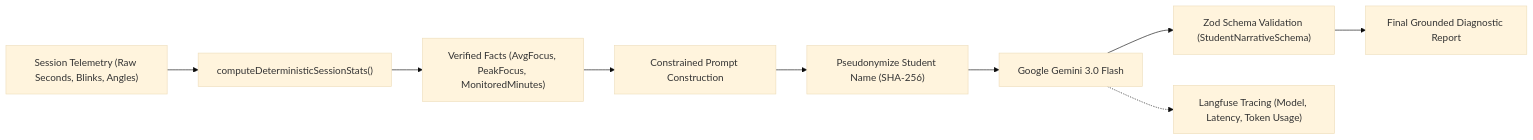
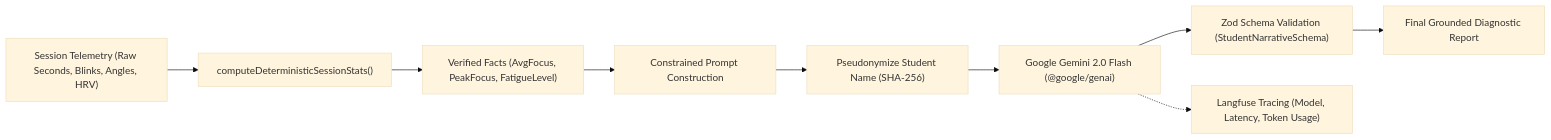
Before and after one commit to Kart-1307/CogniLearn: the fifth of 5 diagrams in ARCHITECTURE.md, drawn with Mermaid (base theme). The commit also changed other lines of this file and 7 other files, not shown here.

Commit message:
docs: update architecture PDF, README hackathon checklist, and add sample data fixtures

````diff
--- a/ARCHITECTURE.md
+++ b/ARCHITECTURE.md
@@ -233,11 +319,11 @@
 ```mermaid
 graph LR
-    Telemetry["Session Telemetry (Raw Seconds, Blinks, Angles)"] --> TSStats["computeDeterministicSessionStats()"]
-    TSStats --> FixedStats["Verified Facts (AvgFocus, PeakFocus, MonitoredMinutes)"]
+    Telemetry["Session Telemetry (Raw Seconds, Blinks, Angles, HRV)"] --> TSStats["computeDeterministicSessionStats()"]
+    TSStats --> FixedStats["Verified Facts (AvgFocus, PeakFocus, FatigueLevel)"]
     FixedStats --> PromptGen["Constrained Prompt Construction"]
     PromptGen --> HashPII["Pseudonymize Student Name (SHA-256)"]
-    HashPII --> GeminiAPI["Google Gemini 3.0 Flash"]
+    HashPII --> GeminiAPI["Google Gemini 2.0 Flash (@google/genai)"]
     GeminiAPI --> ZodValidator["Zod Schema Validation (StudentNarrativeSchema)"]
     ZodValidator --> MergedReport["Final Grounded Diagnostic Report"]
     GeminiAPI -.-> Langfuse["Langfuse Tracing (Model, Latency, Token Usage)"]
 ```
````
